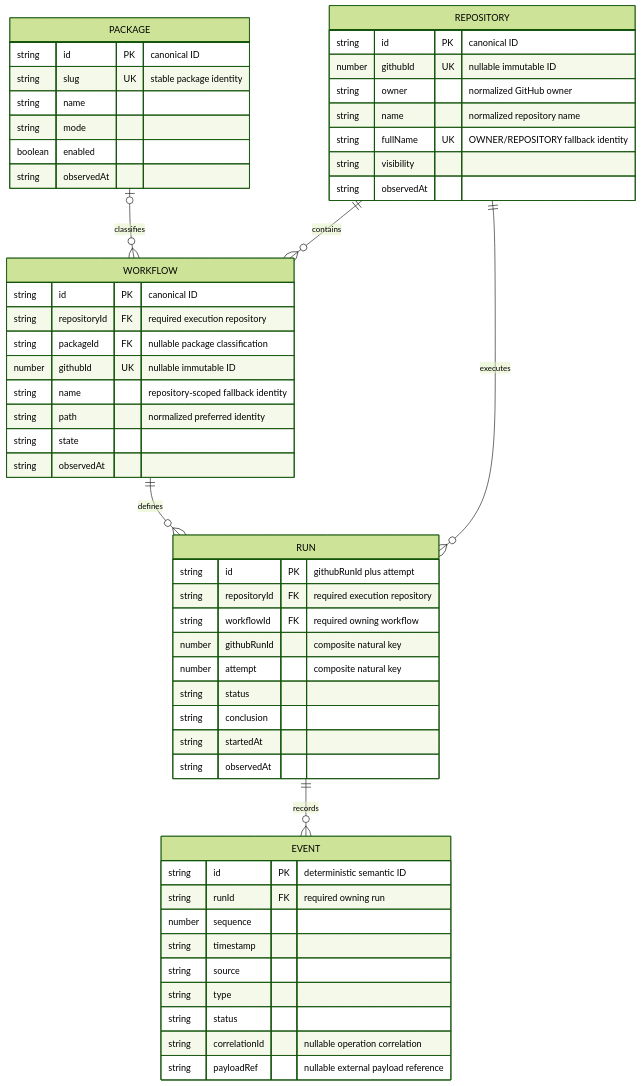
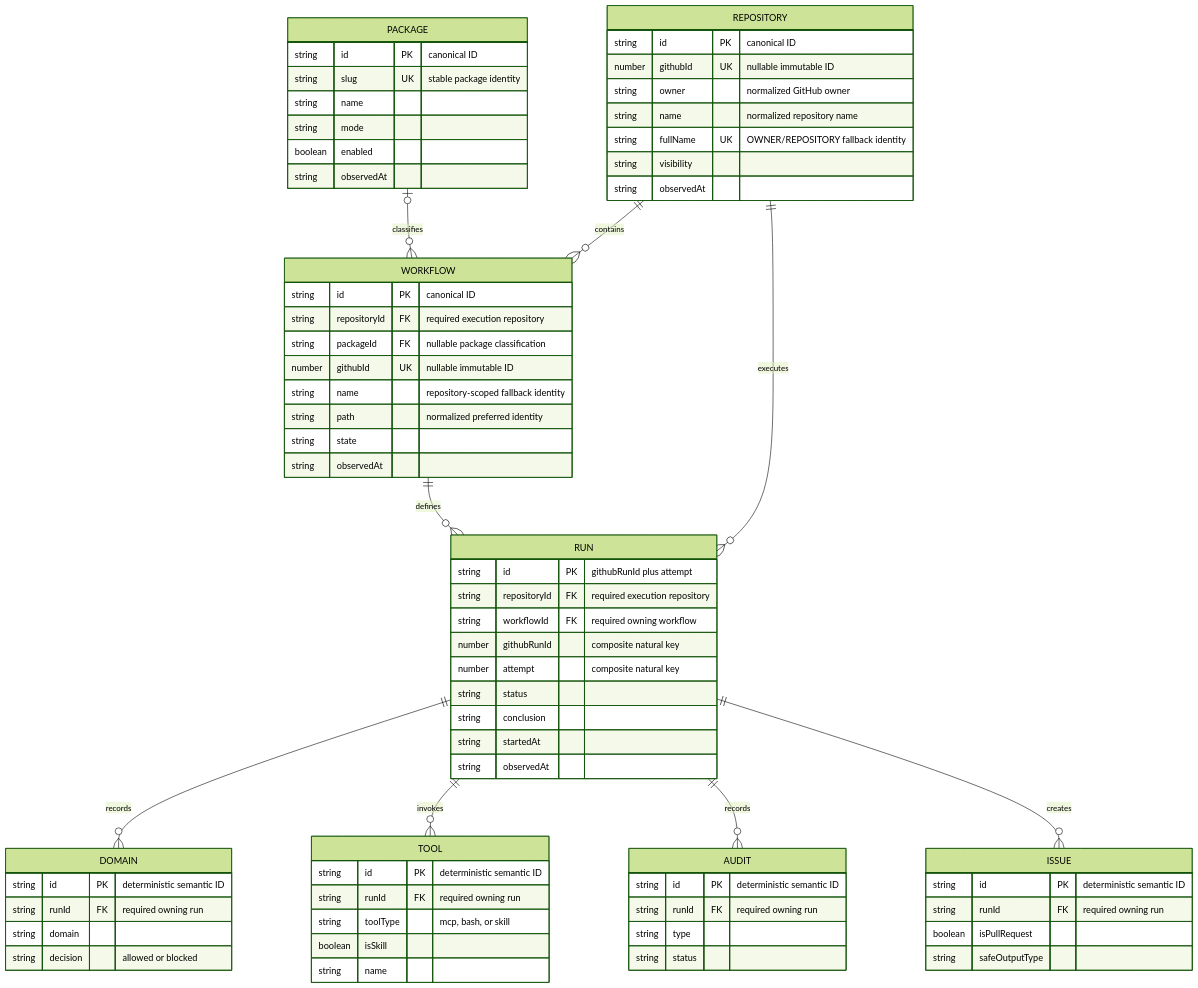
Before and after one commit to githubnext/gh-aw-cao: the second of 2 diagrams in specs/dashboard-data.md, drawn with Mermaid (forest theme). The commit also changed other lines of this file and 19 other files, not shown here.

````diff
--- a/specs/dashboard-data.md
+++ b/specs/dashboard-data.md
@@ -754,58 +757,75 @@
 ```mermaid
 erDiagram
   PACKAGE o|--o{ WORKFLOW : classifies
   REPOSITORY ||--o{ WORKFLOW : contains
   REPOSITORY ||--o{ RUN : executes
   WORKFLOW ||--o{ RUN : defines
-  RUN ||--o{ EVENT : records
+  RUN ||--o{ DOMAIN : records
+  RUN ||--o{ TOOL : invokes
+  RUN ||--o{ AUDIT : records
+  RUN ||--o{ ISSUE : creates
 
   PACKAGE {
     string id PK "canonical ID"
     string slug UK "stable package identity"
     string name
     string mode
     boolean enabled
     string observedAt
   }
   REPOSITORY {
     string id PK "canonical ID"
     number githubId UK "nullable immutable ID"
     string owner "normalized GitHub owner"
     string name "normalized repository name"
     string fullName UK "OWNER/REPOSITORY fallback identity"
     string visibility
     string observedAt
   }
   WORKFLOW {
     string id PK "canonical ID"
     string repositoryId FK "required execution repository"
     string packageId FK "nullable package classification"
     number githubId UK "nullable immutable ID"
     string name "repository-scoped fallback identity"
     string path "normalized preferred identity"
     string state
     string observedAt
   }
   RUN {
     string id PK "githubRunId plus attempt"
     string repositoryId FK "required execution repository"
     string workflowId FK "required owning workflow"
     number githubRunId "composite natural key"
     number attempt "composite natural key"
     string status
     string conclusion
     string startedAt
     string observedAt
   }
-  EVENT {
+  DOMAIN {
     string id PK "deterministic semantic ID"
     string runId FK "required owning run"
-    number sequence
-    string timestamp
-    string source
+    string domain
+    string decision "allowed or blocked"
+  }
+  TOOL {
+    string id PK "deterministic semantic ID"
+    string runId FK "required owning run"
+    string toolType "mcp, bash, or skill"
+    boolean isSkill
+    string name
+  }
+  AUDIT {
+    string id PK "deterministic semantic ID"
+    string runId FK "required owning run"
     string type
     string status
-    string correlationId "nullable operation correlation"
-    string payloadRef "nullable external payload reference"
+  }
+  ISSUE {
+    string id PK "deterministic semantic ID"
+    string runId FK "required owning run"
+    boolean isPullRequest
+    string safeOutputType
   }
 ```
````
